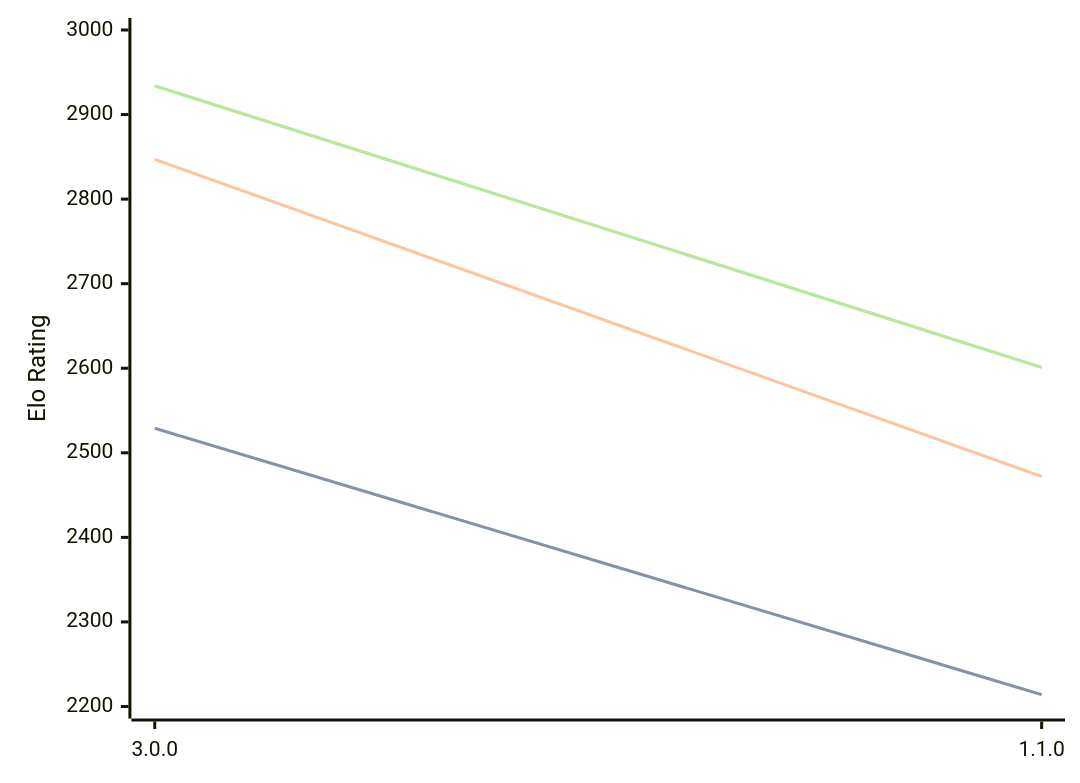
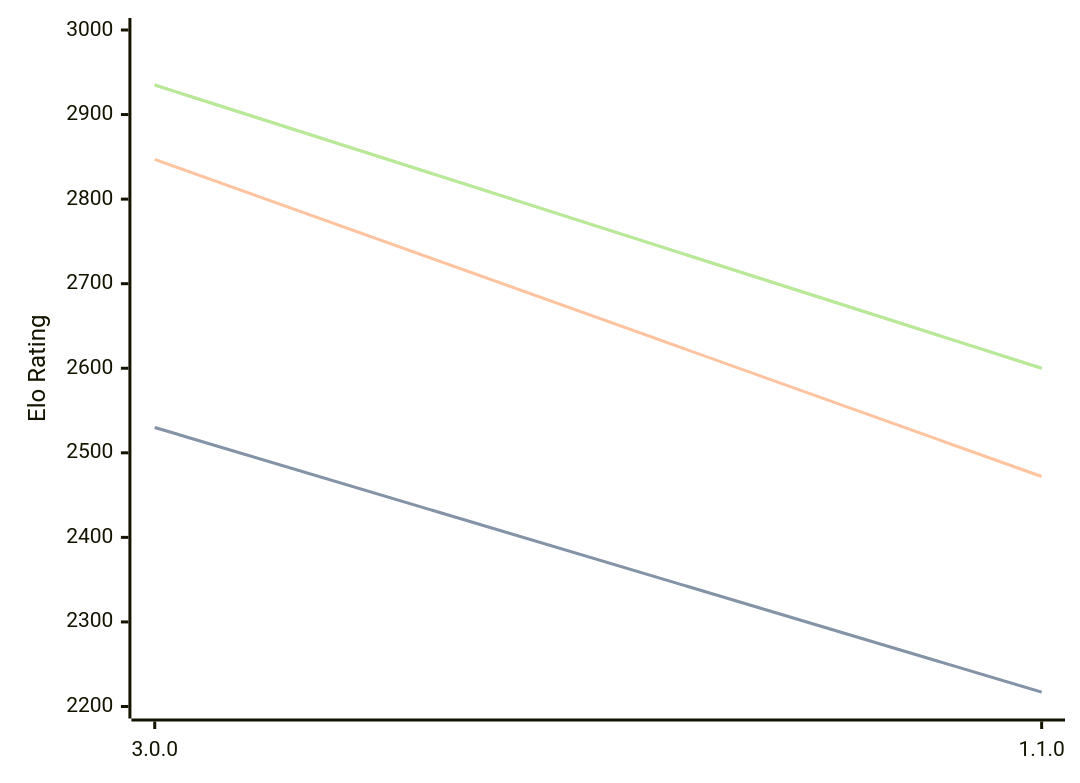
Before and after one commit to computer-chess-index/cci: the third of 3 diagrams in engines/Potential.md, drawn with Mermaid. The commit also changed other lines of this file, not shown here.

Commit message:
Update CCI Ratings (ELO VLTC) - 2026-07-08

````diff
--- a/engines/Potential.md
+++ b/engines/Potential.md
@@ -67,11 +67,11 @@
 ```mermaid
 %%{init: {"theme":"base","themeVariables":{"seriesColors:['#a3a3a3','#222221','#faa371']}}}%%
 xychart-beta
   x-axis ["3.0.0", "1.1.0"]
   y-axis "Elo Rating" 2200 --> 3000
-  line "STC (8.0+0.08s)" [2529, 2214]
-  line "STC (8.0+0.08s)" [2529, 2214]
+  line "STC (8.0+0.08s)" [2530, 2217]
+  line "STC (8.0+0.08s)" [2530, 2217]
   line "LTC (60.0+0.60s)" [2847, 2472]
-  line "VLTC (2m24s+1.12s)" [2934, 2601]
-  line "VLTC (2m24s+1.12s)" [2934, 2601]
+  line "VLTC (2m24s+1.12s)" [2935, 2600]
+  line "VLTC (2m24s+1.12s)" [2935, 2600]
 ```
````
